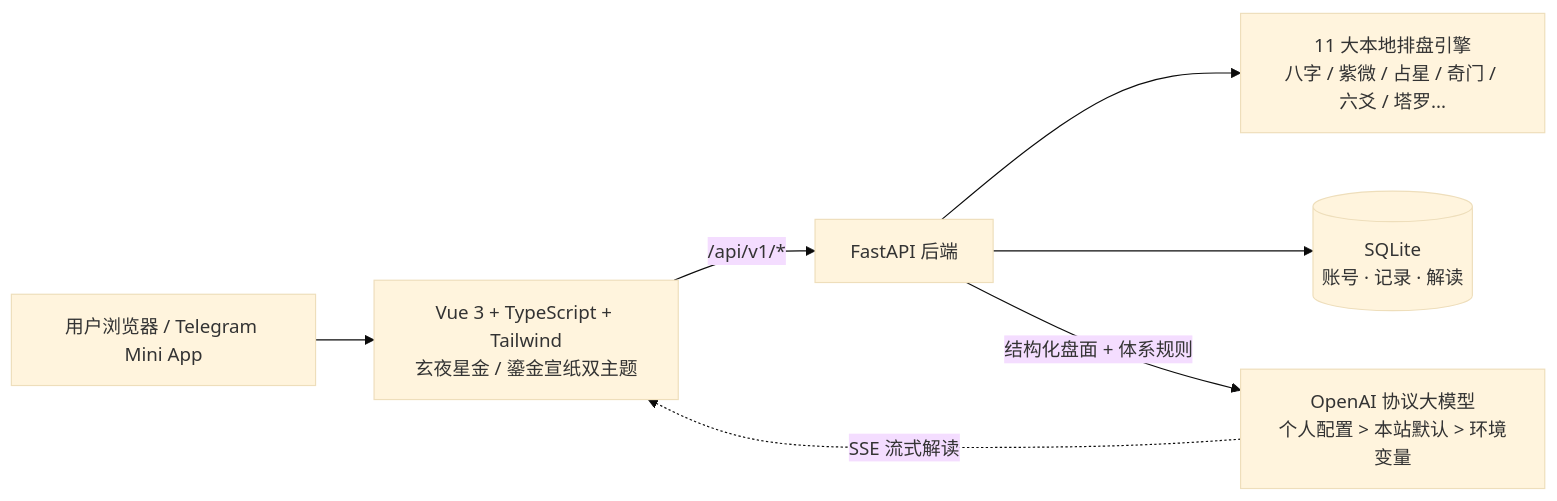
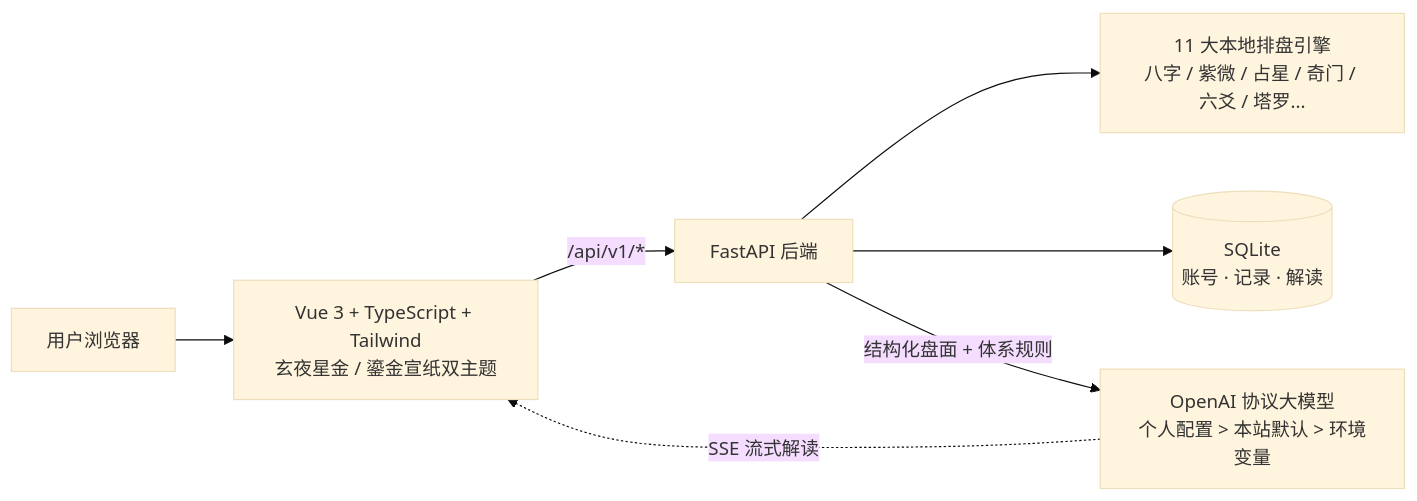
One commit to chenxy1021/xuanji changed the diagram in README.md. Above: the diagram before and after it, drawn with Mermaid (base theme). The commit also changed other lines of this file and 5 other files, not shown here.

````diff
--- a/README.md
+++ b/README.md
@@ -119,9 +119,9 @@
 ```mermaid
 flowchart LR
-  User["用户浏览器 / Telegram Mini App"] --> FE["Vue 3 + TypeScript + Tailwind<br/>玄夜星金 / 鎏金宣纸双主题"]
+  User["用户浏览器"] --> FE["Vue 3 + TypeScript + Tailwind<br/>玄夜星金 / 鎏金宣纸双主题"]
   FE -->|"/api/v1/*"| BE["FastAPI 后端"]
   BE --> Engines["11 大本地排盘引擎<br/>八字 / 紫微 / 占星 / 奇门 / 六爻 / 塔罗..."]
   BE --> DB[("SQLite<br/>账号 · 记录 · 解读")]
   BE -->|"结构化盘面 + 体系规则"| LLM["OpenAI 协议大模型<br/>个人配置 > 本站默认 > 环境变量"]
   LLM -.->|"SSE 流式解读"| FE
 ```
````
